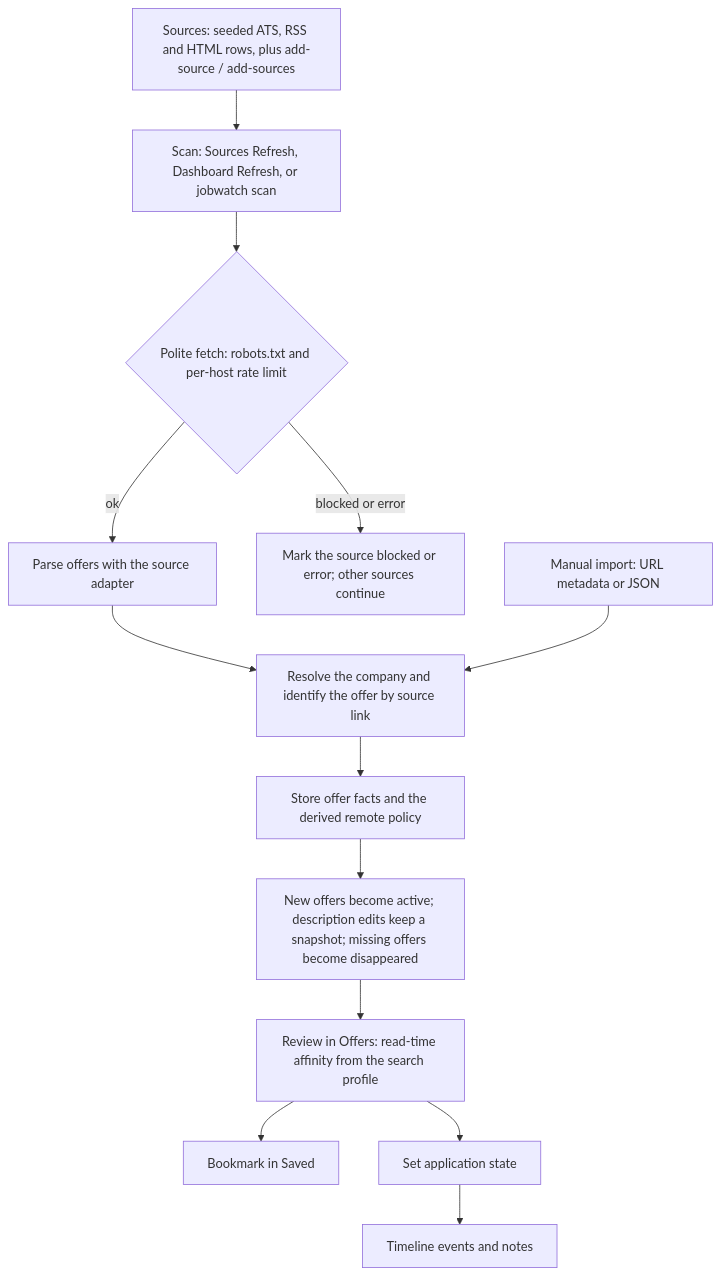
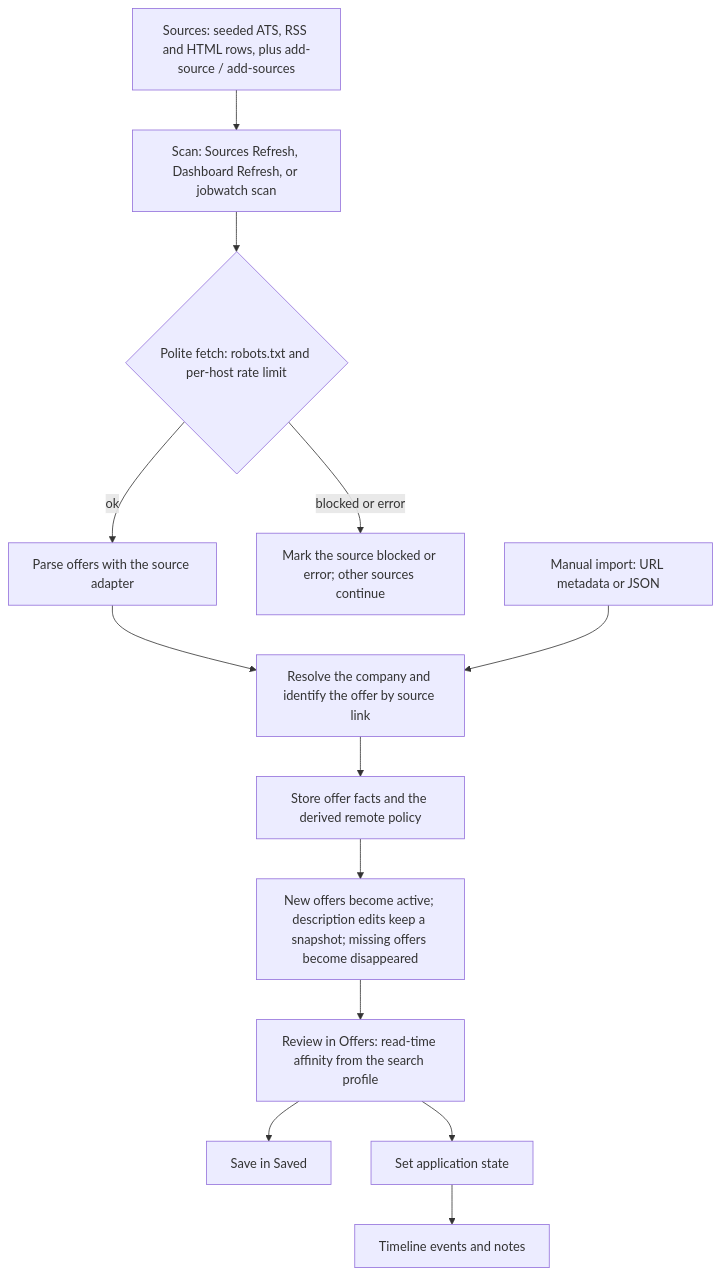
The diagram in README.md (stepbeta/jobwatch), drawn with Mermaid before and after one commit. The commit also changed other lines of this file and 56 other files, not shown here.

````diff
--- a/README.md
+++ b/README.md
@@ -100,15 +100,15 @@
 ```mermaid
 flowchart TD
     A["Sources: seeded ATS, RSS and HTML rows, plus add-source / add-sources"] --> B["Scan: Sources Refresh, Dashboard Refresh, or jobwatch scan"]
     B --> C{"Polite fetch: robots.txt and per-host rate limit"}
     C -->|ok| D["Parse offers with the source adapter"]
     C -->|blocked or error| S["Mark the source blocked or error; other sources continue"]
     D --> E["Resolve the company and identify the offer by source link"]
     E --> F["Store offer facts and the derived remote policy"]
     F --> G["New offers become active; description edits keep a snapshot; missing offers become disappeared"]
     G --> H["Review in Offers: read-time affinity from the search profile"]
-    H --> I["Bookmark in Saved"]
+    H --> I["Save in Saved"]
     H --> J["Set application state"]
     J --> K["Timeline events and notes"]
     M["Manual import: URL metadata or JSON"] --> E
 ```
````
